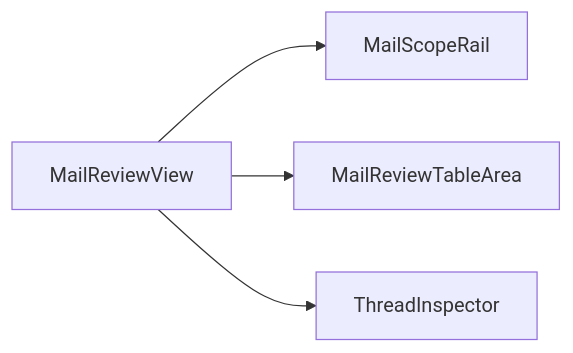
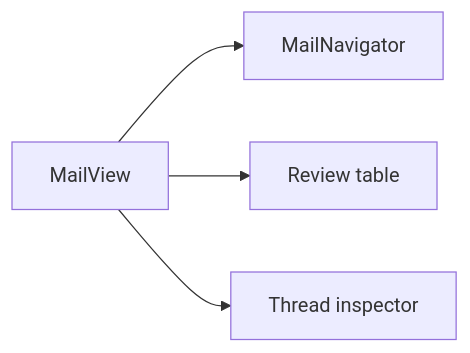
Before and after one commit to Spatial-Duality/Manifold: the fourth of 5 diagrams in docs/ui-map.md, drawn with Mermaid. The commit also changed other lines of this file and 84 other files, not shown here.

````diff
--- a/docs/ui-map.md
+++ b/docs/ui-map.md
@@ -130,6 +74,6 @@
 ```mermaid
 flowchart LR
-    A["MailReviewView"] --> B["MailScopeRail"]
-    A --> C["MailReviewTableArea"]
-    A --> D["ThreadInspector"]
+    A["MailView"] --> B["MailNavigator"]
+    A --> C["Review table"]
+    A --> D["Thread inspector"]
 ```
````
